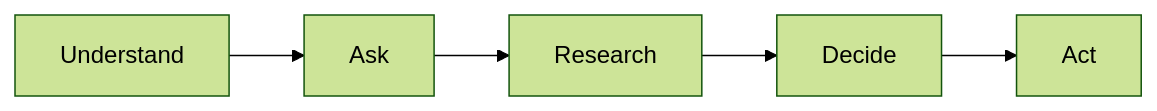
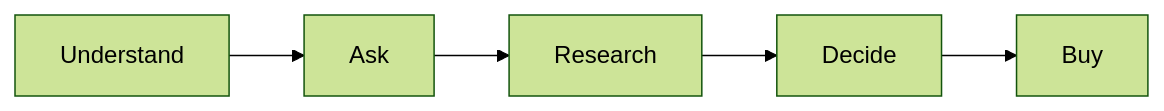
The diagram in README.md (202401121-cmyk/Group13), drawn with Mermaid (forest theme) before and after one commit. The commit also changed other lines of this file and 4 other files, not shown here.

````diff
--- a/README.md
+++ b/README.md
@@ -28,4 +42,4 @@
 ```mermaid
 flowchart LR
-    U[Understand] --> A[Ask] --> R[Research] --> D[Decide] --> X[Act]
+    U[Understand] --> A[Ask] --> R[Research] --> D[Decide] --> X[Buy]
 ```
````
